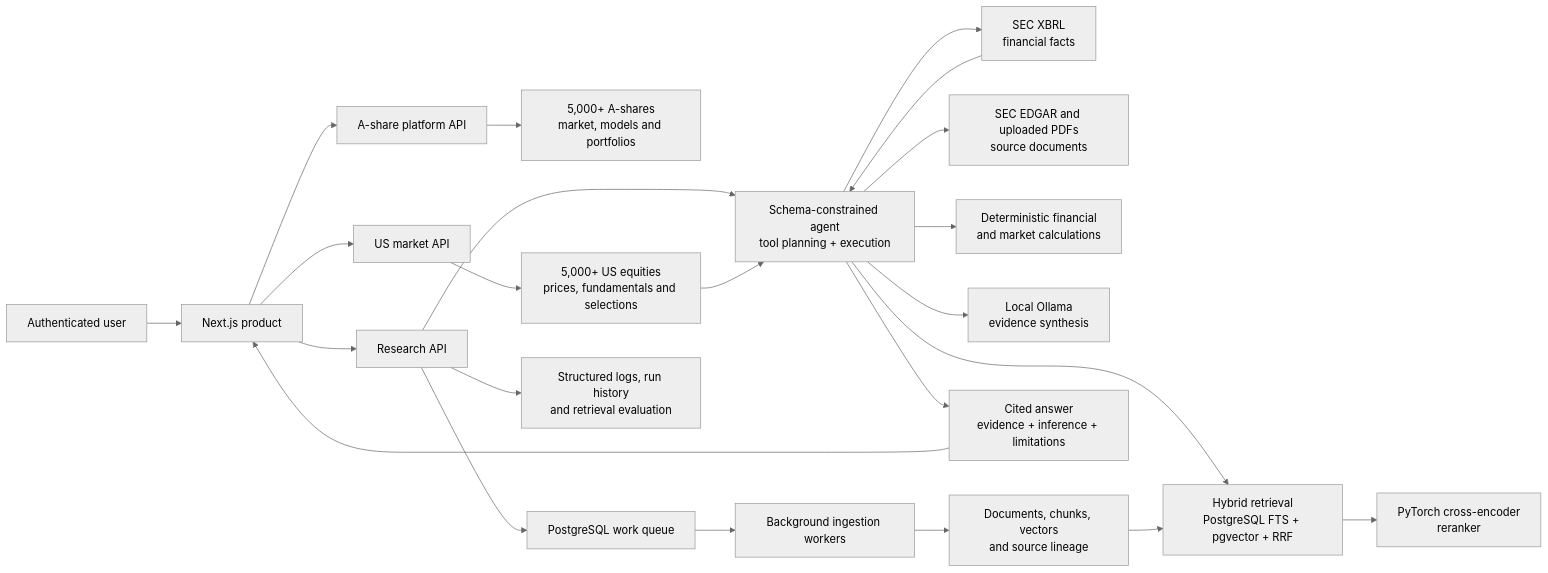
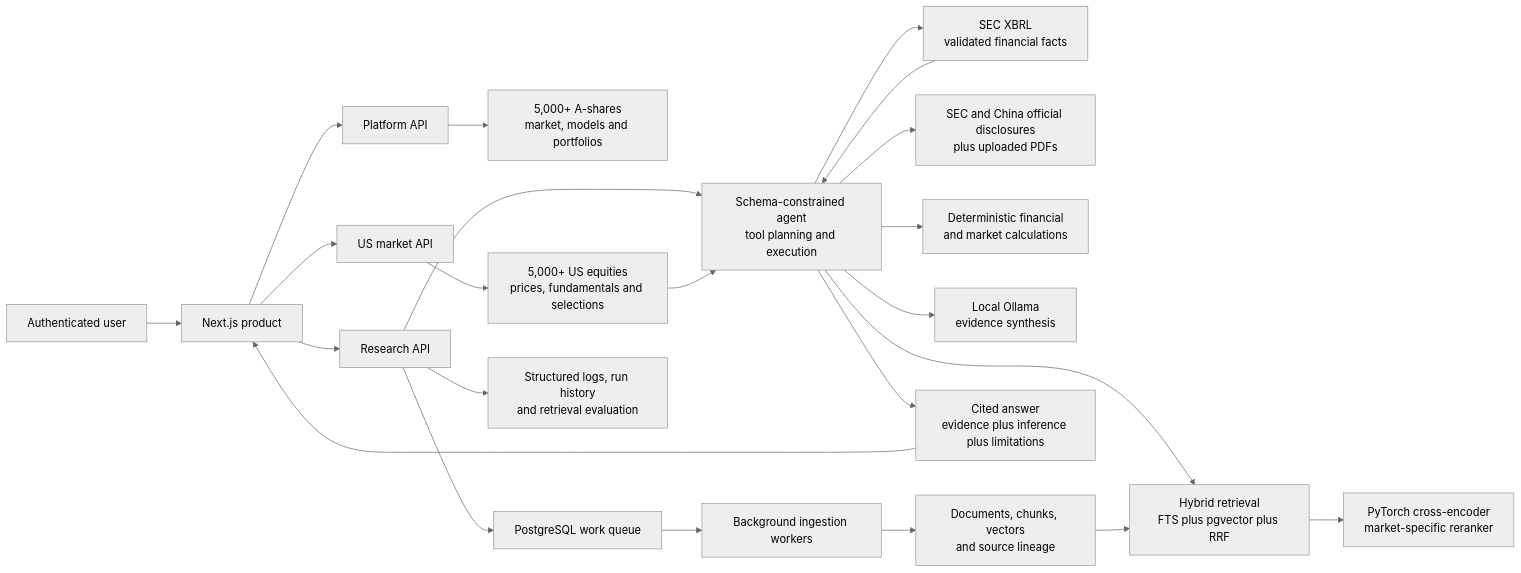
The diagram in README.md (thisiscatcode/aistockcn), drawn with Mermaid (neutral theme) before and after one commit. The commit also changed other lines of this file and 66 other files, not shown here.

````diff
--- a/README.md
+++ b/README.md
@@ -119,30 +117,30 @@
 ```mermaid
 flowchart LR
     U["Authenticated user"] --> W["Next.js product"]
 
-    W --> C["A-share platform API"]
+    W --> C["Platform API"]
     W --> M["US market API"]
     W --> R["Research API"]
 
-    C --> CN["5,000+ A-shares\nmarket, models and portfolios"]
-    M --> US["5,000+ US equities\nprices, fundamentals and selections"]
+    C --> CN["5,000+ A-shares<br/>market, models and portfolios"]
+    M --> US["5,000+ US equities<br/>prices, fundamentals and selections"]
 
-    R --> P["Schema-constrained agent\ntool planning + execution"]
-    P --> X["SEC XBRL\nfinancial facts"]
-    P --> S["SEC EDGAR and uploaded PDFs\nsource documents"]
-    P --> D["Deterministic financial\nand market calculations"]
-    P --> H["Hybrid retrieval\nPostgreSQL FTS + pgvector + RRF"]
-    H --> RR["PyTorch cross-encoder\nreranker"]
-    P --> L["Local Ollama\nevidence synthesis"]
+    R --> P["Schema-constrained agent<br/>tool planning and execution"]
+    P --> X["SEC XBRL<br/>validated financial facts"]
+    P --> S["SEC and China official disclosures<br/>plus uploaded PDFs"]
+    P --> D["Deterministic financial<br/>and market calculations"]
+    P --> H["Hybrid retrieval<br/>FTS plus pgvector plus RRF"]
+    H --> RR["PyTorch cross-encoder<br/>market-specific reranker"]
+    P --> L["Local Ollama<br/>evidence synthesis"]
 
     R --> Q["PostgreSQL work queue"]
     Q --> K["Background ingestion workers"]
-    K --> V["Documents, chunks, vectors\nand source lineage"]
+    K --> V["Documents, chunks, vectors<br/>and source lineage"]
     V --> H
 
-    R --> O["Structured logs, run history\nand retrieval evaluation"]
+    R --> O["Structured logs, run history<br/>and retrieval evaluation"]
     X --> P
     US --> P
-    P --> A["Cited answer\nevidence + inference + limitations"]
+    P --> A["Cited answer<br/>evidence plus inference plus limitations"]
     A --> W
 ```
````
